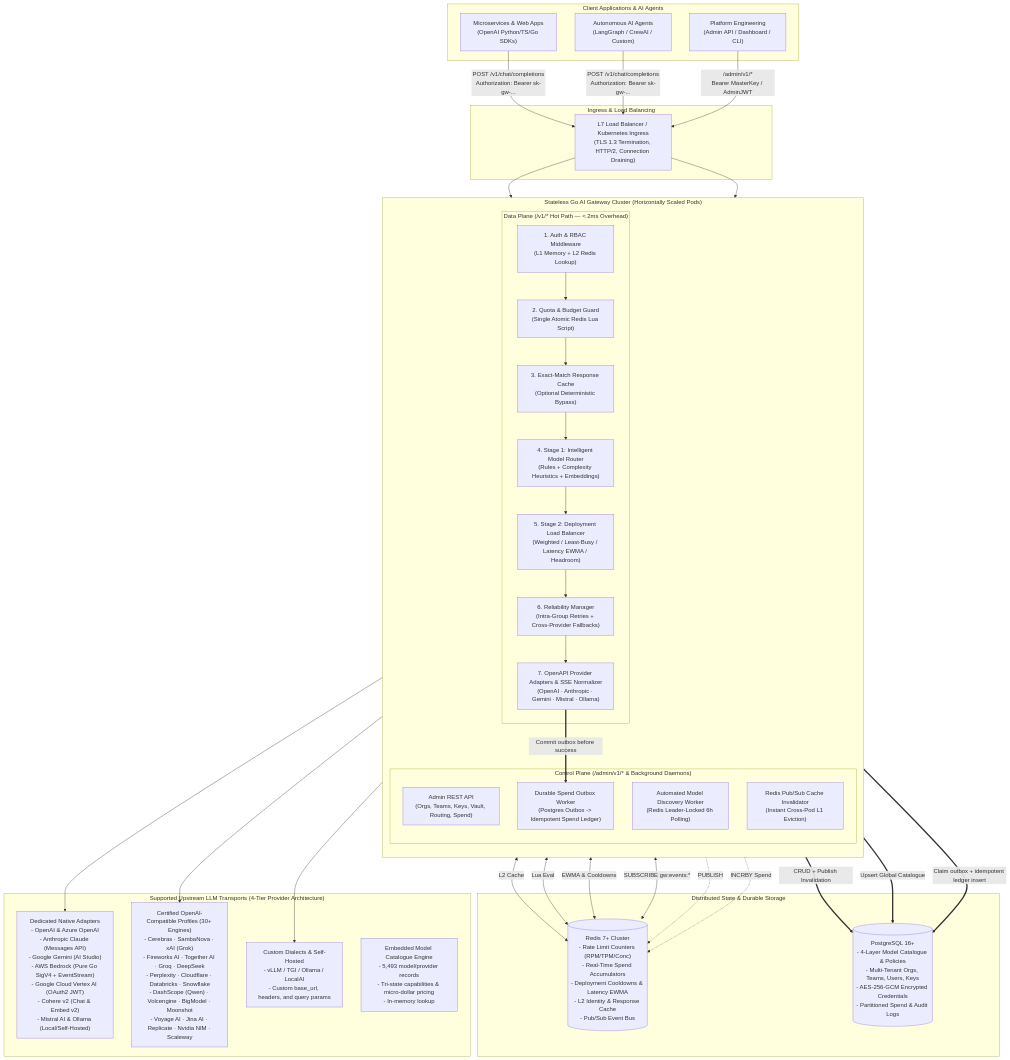
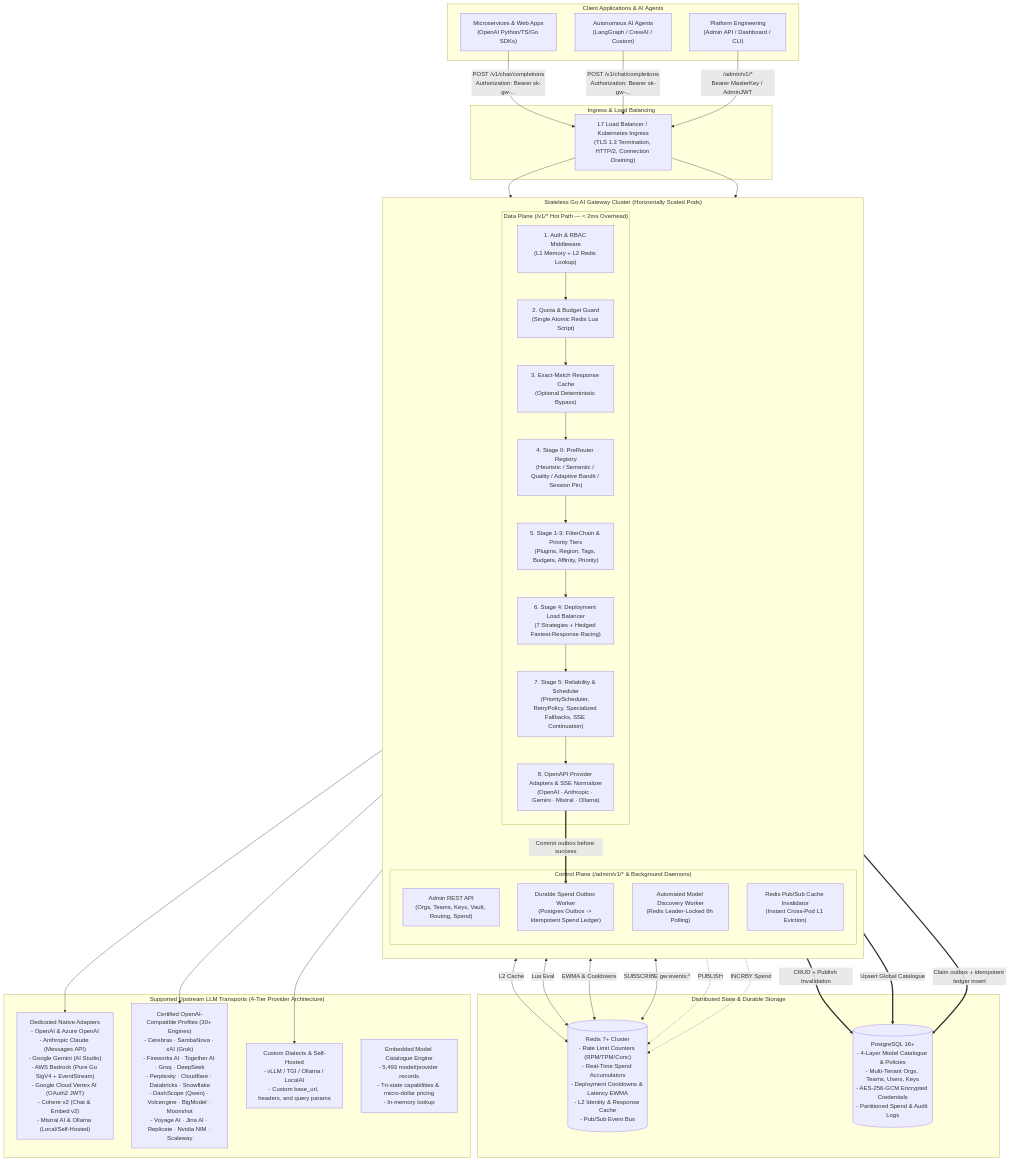
One commit to goroute-ai/ai-gateway-go changed the first of 6 diagrams in docs/ARCHITECTURE.md. Above: the diagram before and after it, drawn with Mermaid. The commit also changed other lines of this file and 11 other files, not shown here.

````diff
--- a/docs/ARCHITECTURE.md
+++ b/docs/ARCHITECTURE.md
@@ -109,64 +109,65 @@
 ```mermaid
 flowchart TB
     subgraph Clients["Client Applications & AI Agents"]
         App1["Microservices & Web Apps\n(OpenAI Python/TS/Go SDKs)"]
         App2["Autonomous AI Agents\n(LangGraph / CrewAI / Custom)"]
         Admin["Platform Engineering\n(Admin API / Dashboard / CLI)"]
     end
 
     subgraph Edge["Ingress & Load Balancing"]
         LB["L7 Load Balancer / Kubernetes Ingress\n(TLS 1.3 Termination, HTTP/2, Connection Draining)"]
     end
 
     subgraph Cluster["Stateless Go AI Gateway Cluster (Horizontally Scaled Pods)"]
         direction TB
         subgraph DataPlane["Data Plane (/v1/* Hot Path — < 2ms Overhead)"]
             AuthMW["1. Auth & RBAC Middleware\n(L1 Memory + L2 Redis Lookup)"]
             RateLimitMW["2. Quota & Budget Guard\n(Single Atomic Redis Lua Script)"]
             RespCache["3. Exact-Match Response Cache\n(Optional Deterministic Bypass)"]
-            Stage1Router["4. Stage 1: Intelligent Model Router\n(Rules + Complexity Heuristics + Embeddings)"]
-            Stage2LB["5. Stage 2: Deployment Load Balancer\n(Weighted / Least-Busy / Latency EWMA / Headroom)"]
-            Reliability["6. Reliability Manager\n(Intra-Group Retries + Cross-Provider Fallbacks)"]
-            AdapterLayer["7. OpenAPI Provider Adapters & SSE Normalizer\n(OpenAI · Anthropic · Gemini · Mistral · Ollama)"]
+            PreRouter["4. Stage 0: PreRouter Registry\n(Heuristic / Semantic / Quality / Adaptive Bandit / Session Pin)"]
+            Stage1Router["5. Stage 1-3: FilterChain & Priority Tiers\n(Plugins, Region, Tags, Budgets, Affinity, Priority)"]
+            Stage2LB["6. Stage 4: Deployment Load Balancer\n(7 Strategies + Hedged Fastest-Response Racing)"]
+            Reliability["7. Stage 5: Reliability & Scheduler\n(PriorityScheduler, RetryPolicy, Specialized Fallbacks, SSE Continuation)"]
+            AdapterLayer["8. OpenAPI Provider Adapters & SSE Normalizer\n(OpenAI · Anthropic · Gemini · Mistral · Ollama)"]
         end
 
         subgraph ControlPlane["Control Plane (/admin/v1/* & Background Daemons)"]
             AdminAPI["Admin REST API\n(Orgs, Teams, Keys, Vault, Routing, Spend)"]
             DiscoveryWorker["Automated Model Discovery Worker\n(Redis Leader-Locked 6h Polling)"]
             SpendWorker["Durable Spend Outbox Worker\n(Postgres Outbox -> Idempotent Spend Ledger)"]
             PubSubInvalidator["Redis Pub/Sub Cache Invalidator\n(Instant Cross-Pod L1 Eviction)"]
         end
     end
 
     subgraph BackingStores["Distributed State & Durable Storage"]
         Redis[("Redis 7+ Cluster\n- Rate Limit Counters (RPM/TPM/Conc)\n- Real-Time Spend Accumulators\n- Deployment Cooldowns & Latency EWMA\n- L2 Identity & Response Cache\n- Pub/Sub Event Bus")]
         Postgres[("PostgreSQL 16+\n- 4-Layer Model Catalogue & Policies\n- Multi-Tenant Orgs, Teams, Users, Keys\n- AES-256-GCM Encrypted Credentials\n- Partitioned Spend & Audit Logs")]
     end
 
     subgraph Upstreams["Supported Upstream LLM Transports (4-Tier Provider Architecture)"]
         Native["Dedicated Native Adapters\n- OpenAI & Azure OpenAI\n- Anthropic Claude (Messages API)\n- Google Gemini (AI Studio)\n- AWS Bedrock (Pure Go SigV4 + EventStream)\n- Google Cloud Vertex AI (OAuth2 JWT)\n- Cohere v2 (Chat & Embed v2)\n- Mistral AI & Ollama (Local/Self-Hosted)"]
         CompatProfiles["Certified OpenAI-Compatible Profiles (30+ Engines)\n- Cerebras · SambaNova · xAI (Grok)\n- Fireworks AI · Together AI · Groq · DeepSeek\n- Perplexity · Cloudflare · Databricks · Snowflake\n- DashScope (Qwen) · Volcengine · BigModel · Moonshot\n- Voyage AI · Jina AI · Replicate · Nvidia NIM · Scaleway"]
         CustomDialect["Custom Dialects & Self-Hosted\n- vLLM / TGI / Ollama / LocalAI\n- Custom base_url, headers, and query params"]
         CatalogEngine["Embedded Model Catalogue Engine\n- 5,493 model/provider records\n- Tri-state capabilities & micro-dollar pricing\n- In-memory lookup"]
     end
 
     App1 & App2 -->|"POST /v1/chat/completions\nAuthorization: Bearer sk-gw-..."| LB
     Admin -->|" /admin/v1/*\nBearer MasterKey / AdminJWT"| LB
     LB --> AuthMW
     LB --> AdminAPI
 
-    AuthMW --> RateLimitMW --> RespCache --> Stage1Router --> Stage2LB --> Reliability --> AdapterLayer
+    AuthMW --> RateLimitMW --> RespCache --> PreRouter --> Stage1Router --> Stage2LB --> Reliability --> AdapterLayer
     AdapterLayer ==>|"Commit outbox before success"| SpendWorker
 
     AuthMW <-->|"L2 Cache"| Redis
     RateLimitMW <-->|"Lua Eval"| Redis
     Stage2LB <-->|"EWMA & Cooldowns"| Redis
     PubSubInvalidator <-->|"SUBSCRIBE gw:events:*"| Redis
     AdminAPI ==>|"CRUD + Publish Invalidation"| Postgres
     AdminAPI -.->|"PUBLISH"| Redis
     DiscoveryWorker ==>|"Upsert Global Catalogue"| Postgres
     SpendWorker ==>|"Claim outbox + idempotent ledger insert"| Postgres
     SpendWorker -.->|"INCRBY Spend"| Redis
 
     AdapterLayer --> Native & CompatProfiles & CustomDialect
 ```
````
